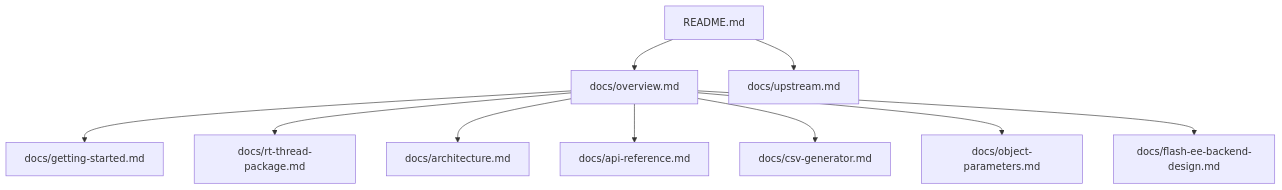
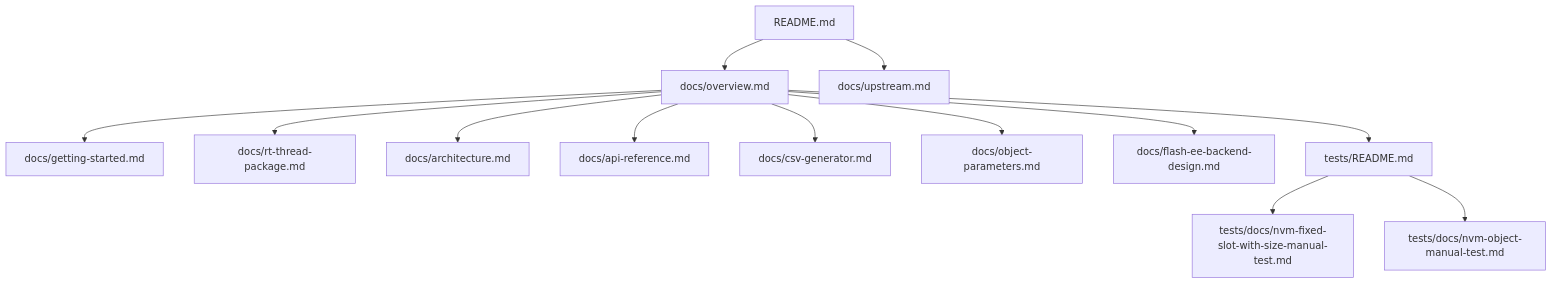
The diagram in parameters/docs/overview.md (wdfk-prog/parameters), drawn with Mermaid before and after one commit. The commit also changed other lines of this file and 33 other files, not shown here.

First line of the commit message:
docs[PARAM][TEST]: add runtime and NVM test documentation

````diff
--- a/parameters/docs/overview.md
+++ b/parameters/docs/overview.md
@@ -34,12 +39,15 @@
 ```mermaid
 flowchart TD
     Root[README.md] --> Overview[docs/overview.md]
     Root --> Upstream[docs/upstream.md]
     Overview --> Start[docs/getting-started.md]
     Overview --> RTT[docs/rt-thread-package.md]
     Overview --> Arch[docs/architecture.md]
     Overview --> API[docs/api-reference.md]
     Overview --> CSV[docs/csv-generator.md]
     Overview --> Obj[docs/object-parameters.md]
     Overview --> Flash[docs/flash-ee-backend-design.md]
+    Overview --> TestOverview[tests/README.md]
+    TestOverview --> NVMTest[tests/docs/nvm-fixed-slot-with-size-manual-test.md]
+    TestOverview --> ObjNVMTest[tests/docs/nvm-object-manual-test.md]
 ```
````
